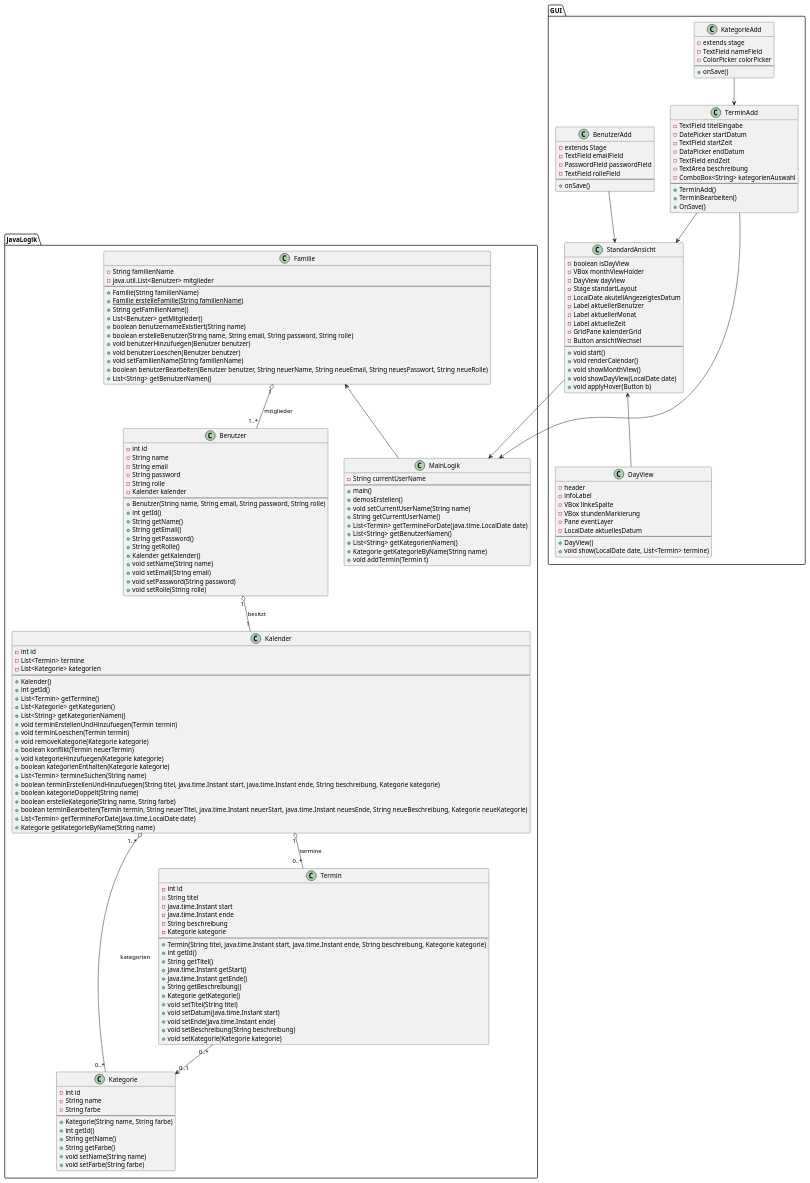
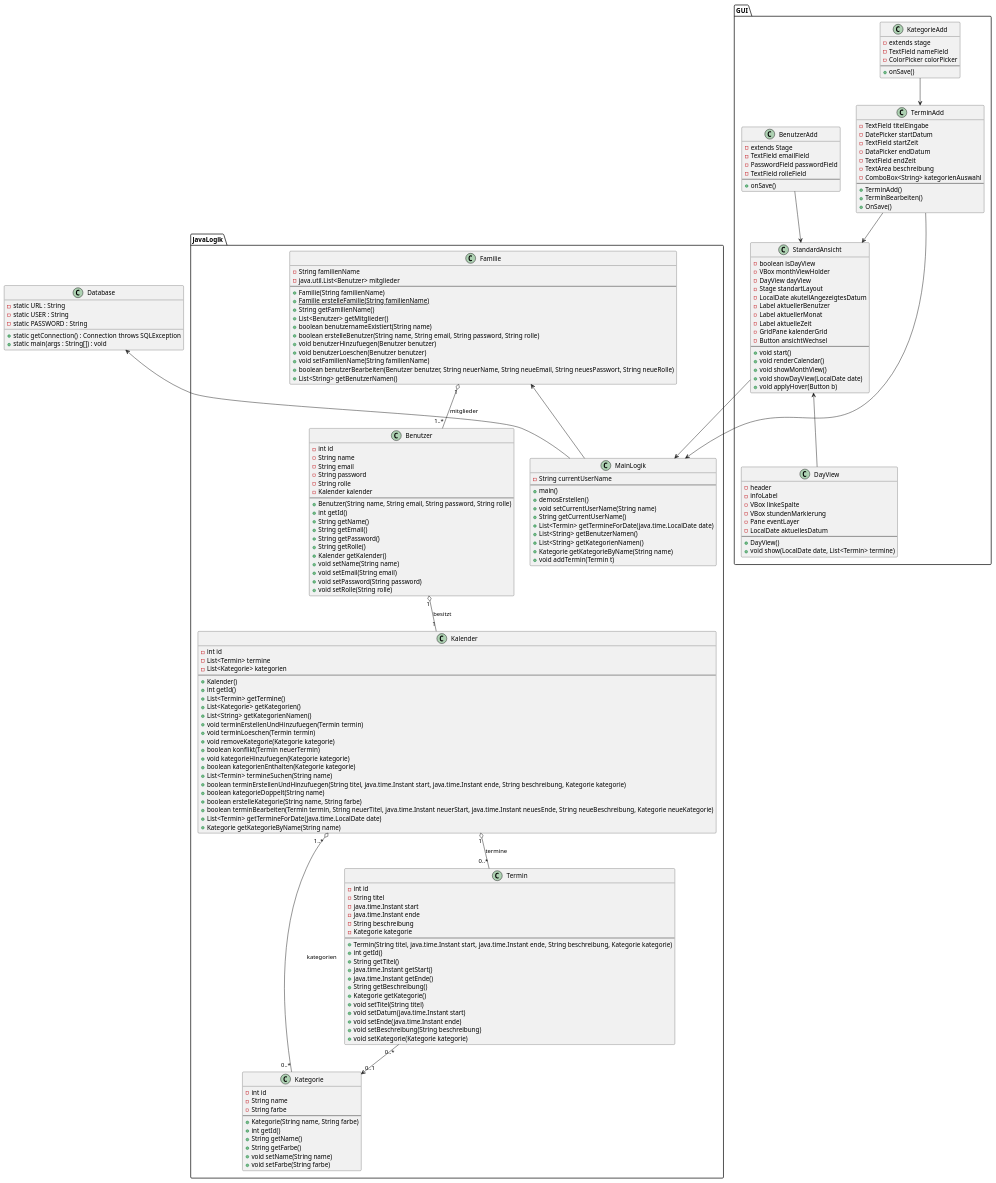
One commit to benrh05/TerminkalenderFamilien changed the diagram in src/main/java/Klassendiagramm.puml. Above: the diagram before and after it, drawn with PlantUML. The commit also changed 5 other files, not shown here.

```diff
--- a/src/main/java/Klassendiagramm.puml
+++ b/src/main/java/Klassendiagramm.puml
@@ -2,5 +2,13 @@
 @startuml
-' Packages
+
+   class Database {
+  - static URL : String
+  - static USER : String
+  - static PASSWORD : String
+  + static getConnection() : Connection throws SQLException
+  + static main(args : String[]) : void
+}
+
 package JavaLogik {
   class Benutzer {
     - int id
@@ -191,4 +199,5 @@
 GUI.TerminAdd --> GUI.StandardAnsicht
 GUI.BenutzerAdd --> GUI.StandardAnsicht
 GUI.KategorieAdd --> GUI.TerminAdd
+ Database <-- JavaLogik.MainLogik
 @enduml
```
